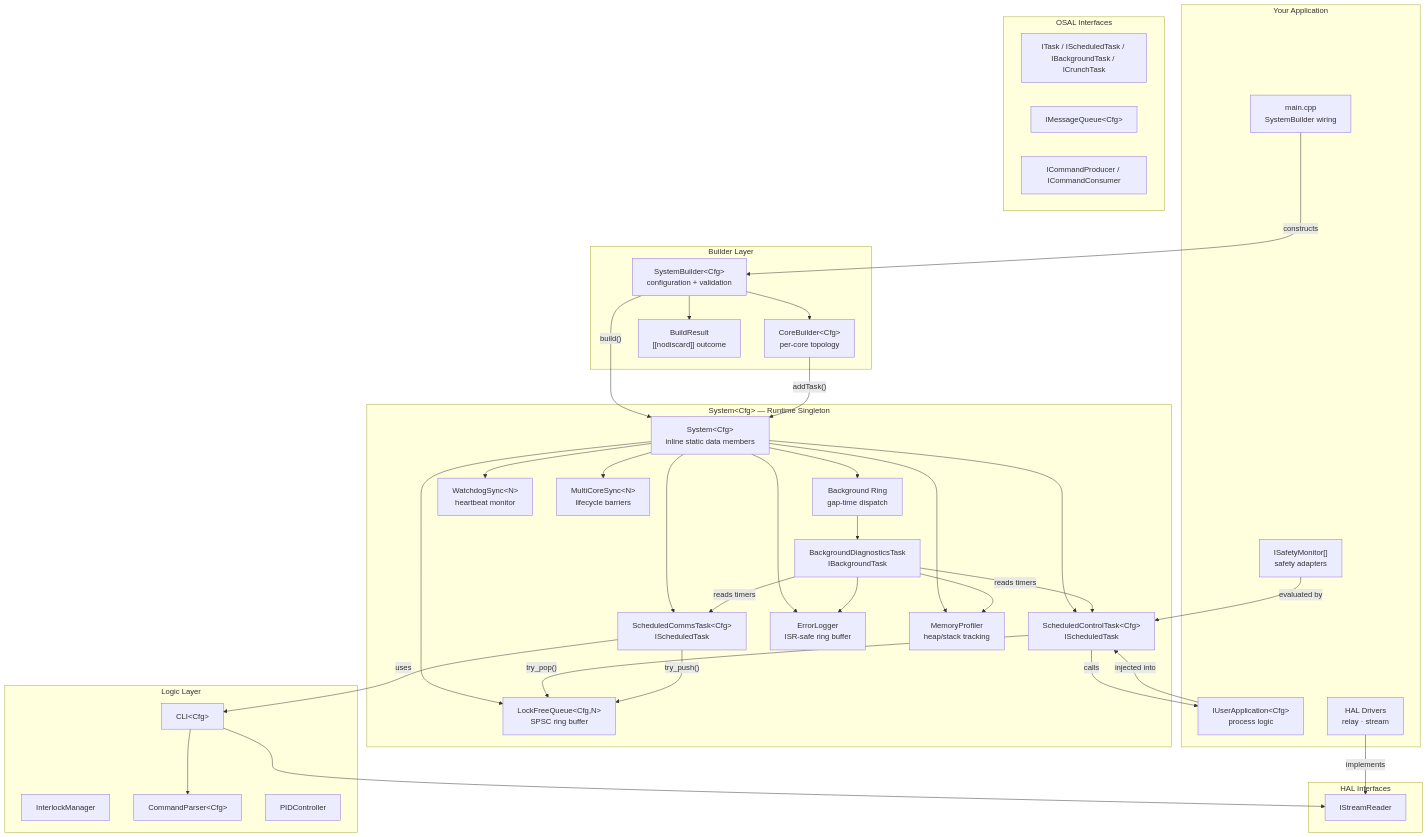
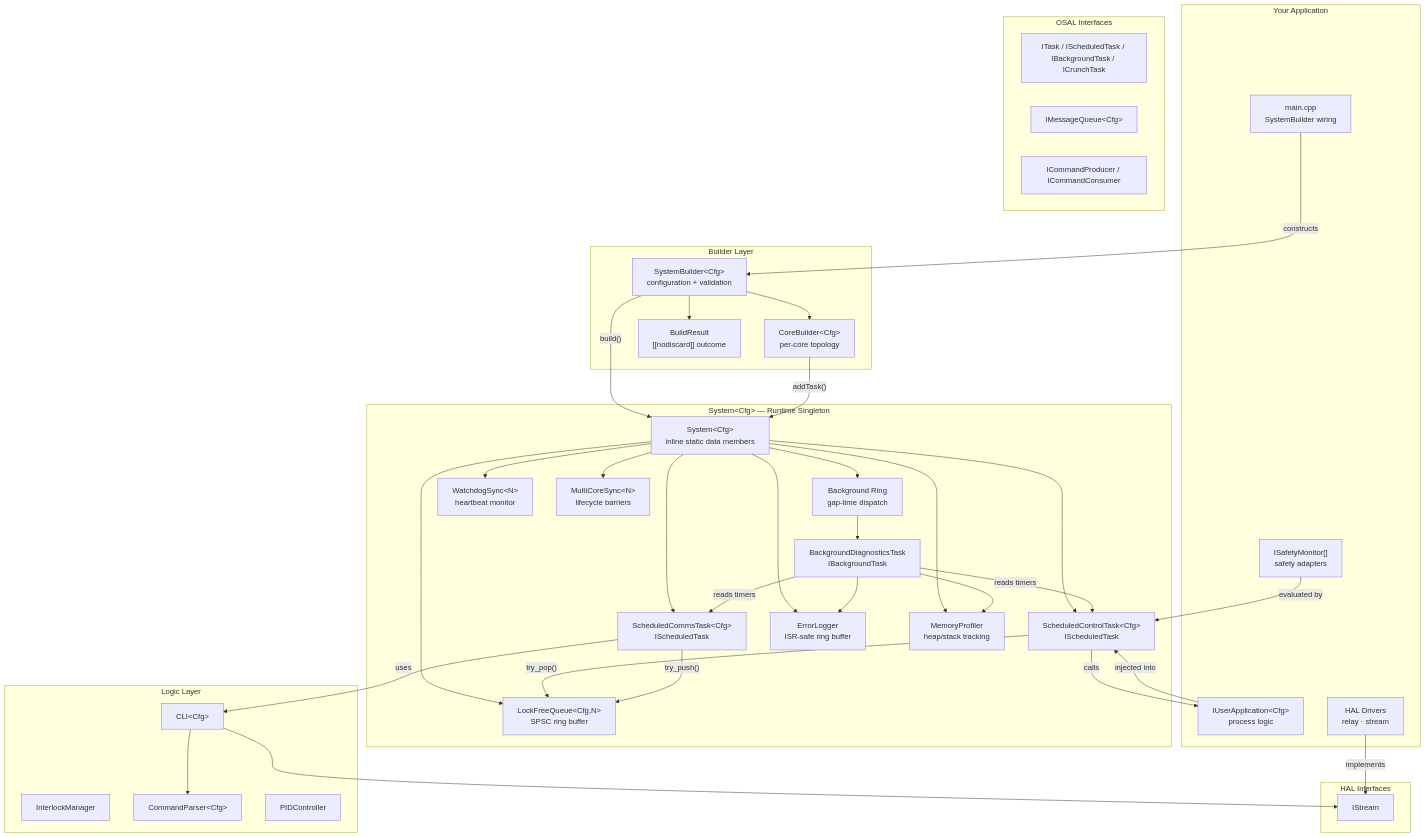
Before and after one commit to BlastermanR/SputterOS: the first of 6 diagrams in docs/SystemArchitecture.md, drawn with Mermaid. The commit also changed other lines of this file and 66 other files, not shown here.

````diff
--- a/docs/SystemArchitecture.md
+++ b/docs/SystemArchitecture.md
@@ -11,67 +11,67 @@
 ```mermaid
 graph TB
     subgraph "Your Application"
         MAIN["main.cpp<br/>SystemBuilder wiring"]
         APP["IUserApplication&lt;Cfg&gt;<br/>process logic"]
         SAFETY["ISafetyMonitor[]<br/>safety adapters"]
         HALIMPL["HAL Drivers<br/>relay · stream"]
     end
 
     subgraph "Builder Layer"
         SB["SystemBuilder&lt;Cfg&gt;<br/>configuration + validation"]
         CB["CoreBuilder&lt;Cfg&gt;<br/>per-core topology"]
         BR["BuildResult<br/>[[nodiscard]] outcome"]
     end
 
     subgraph "System&lt;Cfg&gt; — Runtime Singleton"
         SYS["System&lt;Cfg&gt;<br/>inline static data members"]
         CT["ScheduledControlTask&lt;Cfg&gt;<br/>IScheduledTask"]
         CMT["ScheduledCommsTask&lt;Cfg&gt;<br/>IScheduledTask"]
         DT["BackgroundDiagnosticsTask<br/>IBackgroundTask"]
         BG_RING["Background Ring<br/>gap-time dispatch"]
         LFQ["LockFreeQueue&lt;Cfg,N&gt;<br/>SPSC ring buffer"]
         WD["WatchdogSync&lt;N&gt;<br/>heartbeat monitor"]
         MCS["MultiCoreSync&lt;N&gt;<br/>lifecycle barriers"]
         EL["ErrorLogger<br/>ISR-safe ring buffer"]
         MP["MemoryProfiler<br/>heap/stack tracking"]
     end
 
     subgraph "Logic Layer"
         IM["InterlockManager"]
         CP["CommandParser&lt;Cfg&gt;"]
         CLI["CLI&lt;Cfg&gt;"]
         PID["PIDController"]
     end
 
     subgraph "OSAL Interfaces"
         IT["ITask / IScheduledTask / IBackgroundTask / ICrunchTask"]
         IMQ["IMessageQueue&lt;Cfg&gt;"]
         ICP["ICommandProducer / ICommandConsumer"]
     end
 
     subgraph "HAL Interfaces"
-        ISR["IStreamReader"]
+        ISR["IStream"]
     end
 
     MAIN -->|"constructs"| SB
     SB -->|"build()"| SYS
     SB --> CB
     CB -->|"addTask()"| SYS
     SB --> BR
 
     APP -->|"injected into"| CT
     SAFETY -->|"evaluated by"| CT
     HALIMPL -->|"implements"| ISR
 
     SYS --> CT & CMT & BG_RING & LFQ & WD & MCS & EL & MP
     BG_RING --> DT
     CT -->|"try_pop()"| LFQ
     CMT -->|"try_push()"| LFQ
     DT -->|"reads timers"| CT & CMT
     DT --> EL & MP
 
     CT -->|"calls"| APP
     CMT -->|"uses"| CLI
     CLI --> CP
     CLI --> ISR
 ```
````
